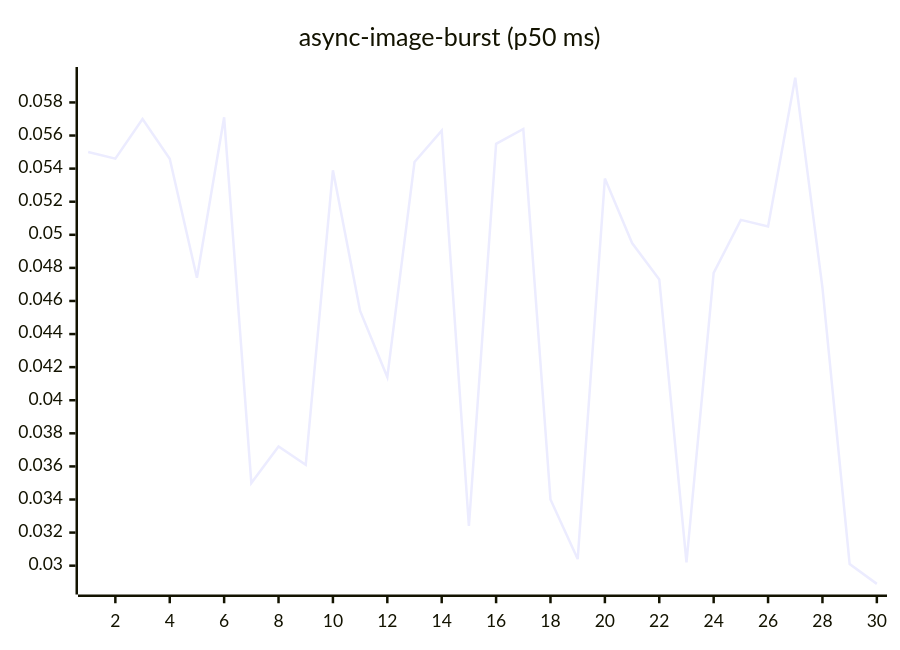
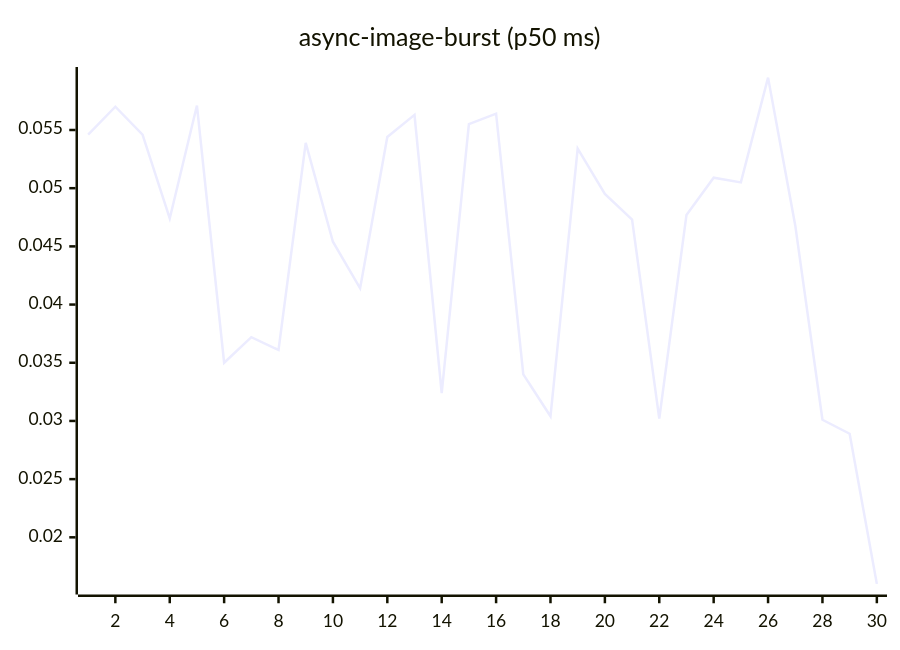
One commit to josha/Facet changed the fourth of 27 diagrams in README.md. Above: the diagram before and after it, drawn with Mermaid. The commit also changed other lines of this file and 2 other files, not shown here.

````diff
--- a/README.md
+++ b/README.md
@@ -84,6 +84,6 @@
 ```mermaid
 xychart-beta
     title "async-image-burst (p50 ms)"
     x-axis 1 --> 30
-    line [0.0550, 0.0546, 0.0570, 0.0546, 0.0474, 0.0571, 0.0350, 0.0372, 0.0361, 0.0539, 0.0454, 0.0414, 0.0544, 0.0563, 0.0324, 0.0555, 0.0564, 0.0340, 0.0304, 0.0534, 0.0495, 0.0473, 0.0302, 0.0477, 0.0509, 0.0505, 0.0595, 0.0468, 0.0301, 0.0289]
+    line [0.0546, 0.0570, 0.0546, 0.0474, 0.0571, 0.0350, 0.0372, 0.0361, 0.0539, 0.0454, 0.0414, 0.0544, 0.0563, 0.0324, 0.0555, 0.0564, 0.0340, 0.0304, 0.0534, 0.0495, 0.0473, 0.0302, 0.0477, 0.0509, 0.0505, 0.0595, 0.0468, 0.0301, 0.0289, 0.0160]
 ```
````
